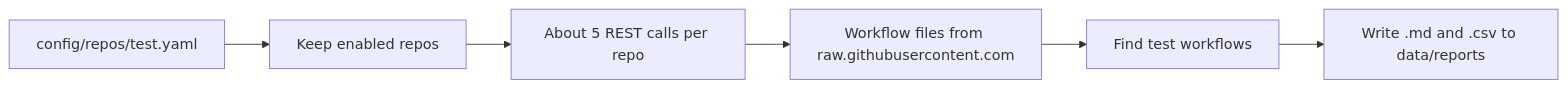
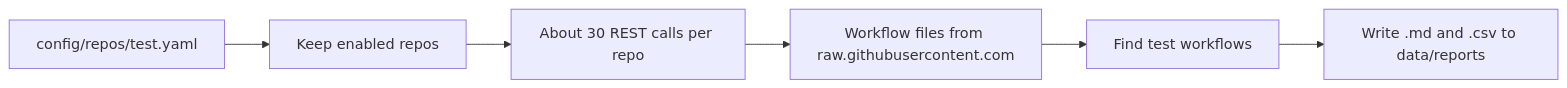
Before and after one commit to PrasadWijesinghe/Final_Research: the diagram in scripts/README.md, drawn with Mermaid. The commit also changed other lines of this file and 8 other files, not shown here.

````diff
--- a/scripts/README.md
+++ b/scripts/README.md
@@ -29,8 +29,8 @@
 ```mermaid
 flowchart LR
     A[config/repos/test.yaml] --> B[Keep enabled repos]
-    B --> C[About 5 REST calls per repo]
+    B --> C[About 30 REST calls per repo]
     C --> D[Workflow files from raw.githubusercontent.com]
     D --> E[Find test workflows]
     E --> F[Write .md and .csv to data/reports]
 ```
````
